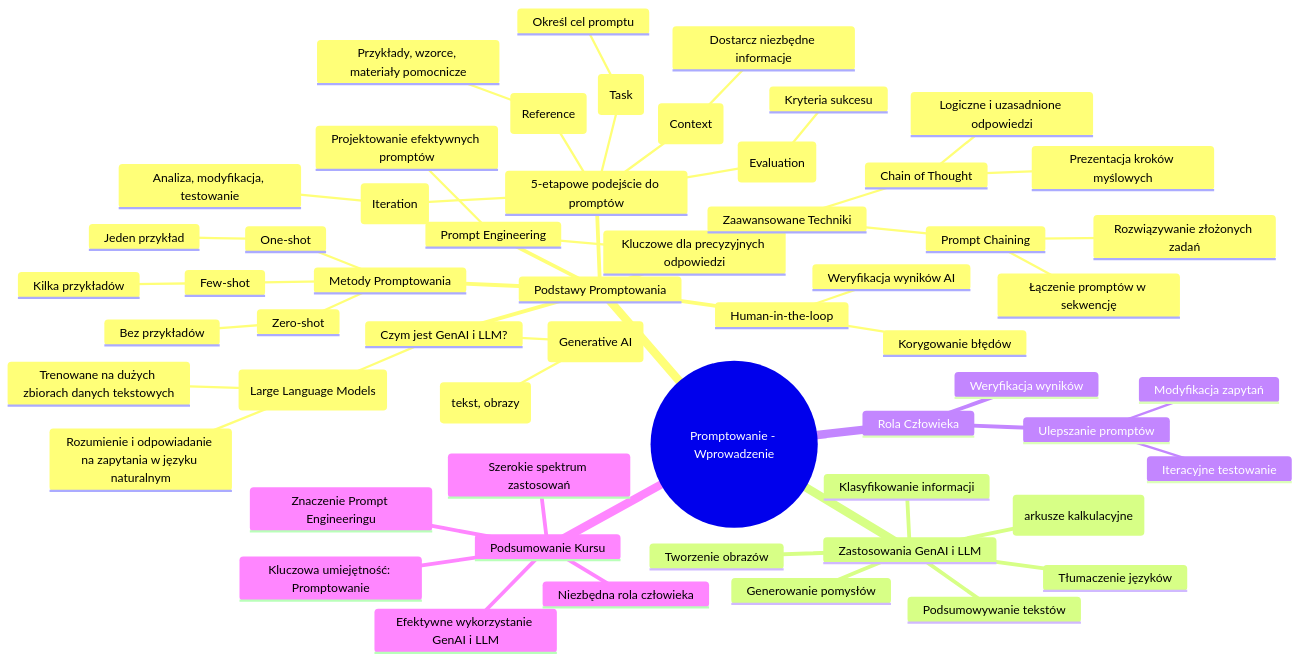
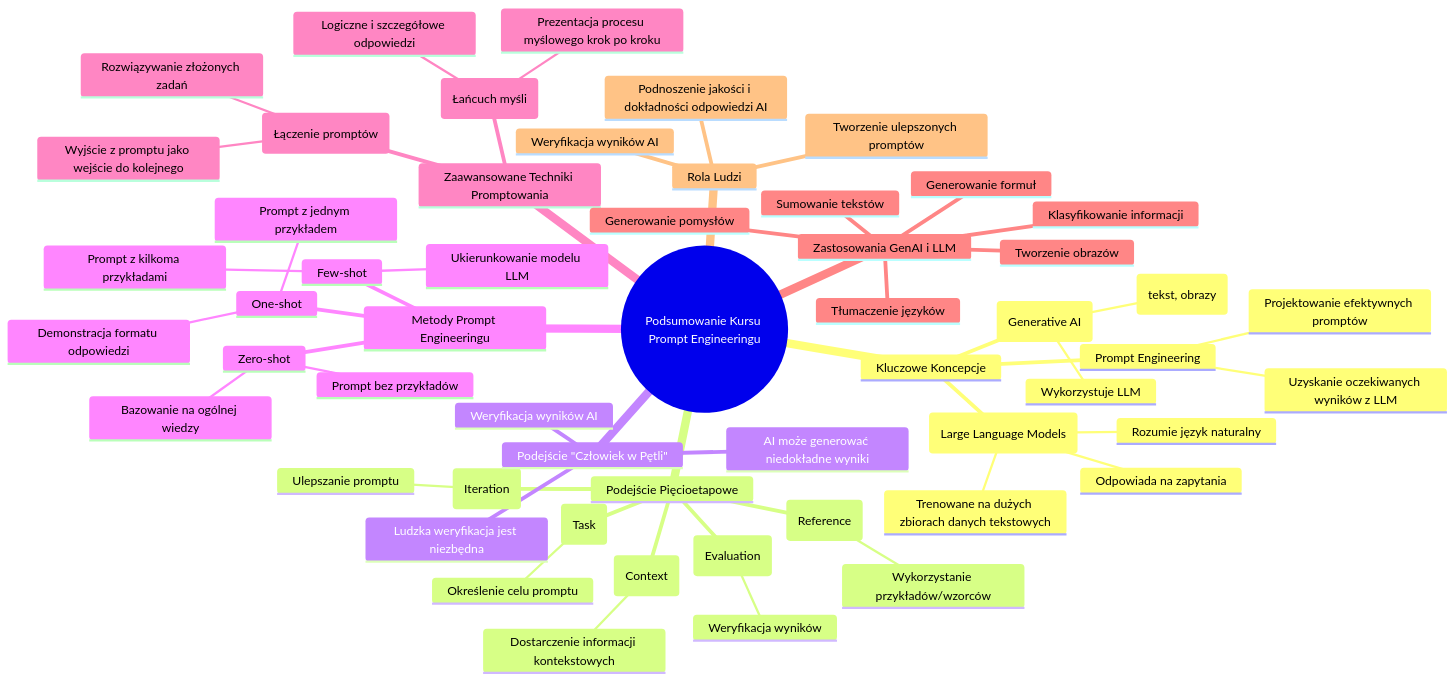
The diagram in ai_umiejetnosci_jutra/T1D1 - Materiały dodatkowe - 1. Podsumowanie.md (azdolinski/ai_docs), drawn with Mermaid before and after one commit. The commit also changed other lines of this file, not shown here.

````diff
--- a/ai_umiejetnosci_jutra/T1D1 - Materiały dodatkowe - 1. Podsumowanie.md
+++ b/ai_umiejetnosci_jutra/T1D1 - Materiały dodatkowe - 1. Podsumowanie.md
@@ -5,60 +5,58 @@
 ```mermaid
 mindmap
-  root((Promptowanie - Wprowadzenie))
-    Podstawy Promptowania
-      Czym jest GenAI i LLM?
-        GenAI (Generative AI)
-          Tworzy nowe treści (tekst, obrazy)
-        LLM (Large Language Models)
-          Trenowane na dużych zbiorach danych tekstowych
-          Rozumienie i odpowiadanie na zapytania w języku naturalnym
+  root((Podsumowanie Kursu Prompt Engineeringu))
+    Kluczowe Koncepcje
+      GenAI (Generative AI)
+        Generuje treści (tekst, obrazy)
+        Wykorzystuje LLM
+      LLM (Large Language Models)
+        Trenowane na dużych zbiorach danych tekstowych
+        Rozumie język naturalny
+        Odpowiada na zapytania
       Prompt Engineering
         Projektowanie efektywnych promptów
-        Kluczowe dla precyzyjnych odpowiedzi
-      5-etapowe podejście do promptów
-        Zadanie (Task)
-          Określ cel promptu
-        Kontekst (Context)
-          Dostarcz niezbędne informacje
-        Odniesienie (Reference)
-          Przykłady, wzorce, materiały pomocnicze
-        Ocena (Evaluation)
-          Kryteria sukcesu
-        Iteracja (Iteration)
-          Analiza, modyfikacja, testowanie
-      Human-in-the-loop
-        Weryfikacja wyników AI
-        Korygowanie błędów
-      Metody Promptowania
-        Zero-shot
-          Bez przykładów
-        One-shot
-          Jeden przykład
-        Few-shot
-          Kilka przykładów
-      Zaawansowane Techniki
-        Prompt Chaining
-          Łączenie promptów w sekwencję
-          Rozwiązywanie złożonych zadań
-        Chain of Thought
-          Prezentacja kroków myślowych
-          Logiczne i uzasadnione odpowiedzi
+        Uzyskanie oczekiwanych wyników z LLM
+    Podejście Pięcioetapowe
+      Zadanie (Task)
+        Określenie celu promptu
+      Kontekst (Context)
+        Dostarczenie informacji kontekstowych
+      Odniesienie (Reference)
+        Wykorzystanie przykładów/wzorców
+      Ocena (Evaluation)
+        Weryfikacja wyników
+      Iteracja (Iteration)
+        Ulepszanie promptu
+    Podejście "Człowiek w Pętli"
+      Weryfikacja wyników AI
+      AI może generować niedokładne wyniki
+      Ludzka weryfikacja jest niezbędna
+    Metody Prompt Engineeringu
+      Zero-shot
+        Prompt bez przykładów
+        Bazowanie na ogólnej wiedzy
+      One-shot
+        Prompt z jednym przykładem
+        Demonstracja formatu odpowiedzi
+      Few-shot
+        Prompt z kilkoma przykładami
+        Ukierunkowanie modelu LLM
+    Zaawansowane Techniki Promptowania
+      Prompt Chaining (Łączenie promptów)
+        Wyjście z promptu jako wejście do kolejnego
+        Rozwiązywanie złożonych zadań
+      Chain of Thought (Łańcuch myśli)
+        Prezentacja procesu myślowego krok po kroku
+        Logiczne i szczegółowe odpowiedzi
     Zastosowania GenAI i LLM
-      Podsumowywanie tekstów
+      Sumowanie tekstów
       Tłumaczenie języków
       Generowanie pomysłów
       Tworzenie obrazów
-      Generowanie formuł (arkusze kalkulacyjne)
+      Generowanie formuł
       Klasyfikowanie informacji
-    Rola Człowieka
-      Weryfikacja wyników
-      Ulepszanie promptów
-        Iteracyjne testowanie
-        Modyfikacja zapytań
-    Podsumowanie Kursu
-      Kluczowa umiejętność: Promptowanie
-      Efektywne wykorzystanie GenAI i LLM
-      Znaczenie Prompt Engineeringu
-      Niezbędna rola człowieka
-      Szerokie spektrum zastosowań
+    Rola Ludzi
+      Weryfikacja wyników AI
+      Tworzenie ulepszonych promptów
+      Podnoszenie jakości i dokładności odpowiedzi AI
 ```
````
